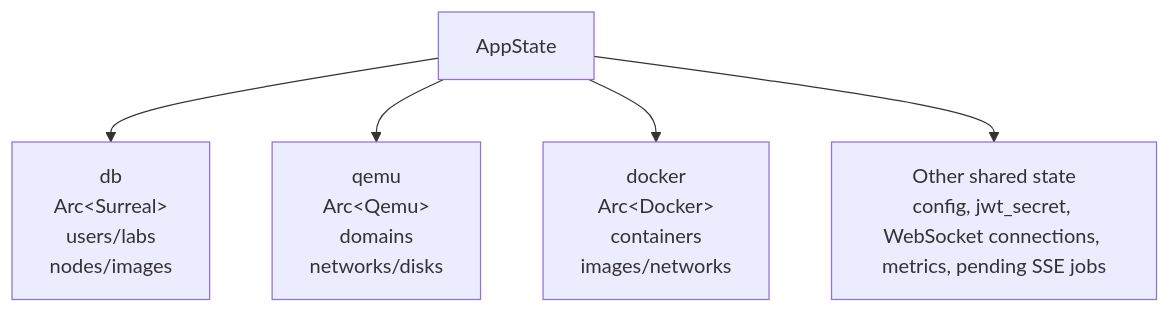
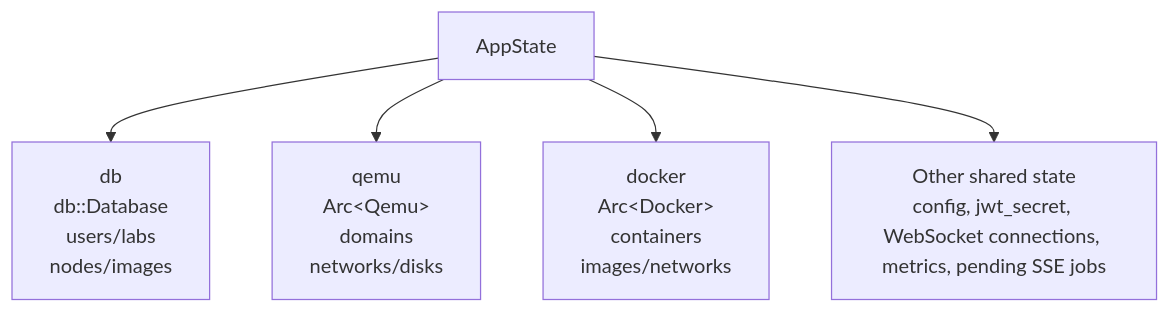
One commit to bwks/sherpa changed the sixth of 26 diagrams in docs/architecture/SERVER.md. Above: the diagram before and after it, drawn with Mermaid. The commit also changed other lines of this file and 145 other files, not shown here.

````diff
--- a/docs/architecture/SERVER.md
+++ b/docs/architecture/SERVER.md
@@ -178,12 +178,12 @@
 ```mermaid
 flowchart TB
     appstate["AppState"]
-    db["db<br/>Arc#lt;Surreal#gt;<br/>users/labs<br/>nodes/images"]
+    db["db<br/>db::Database<br/>users/labs<br/>nodes/images"]
     qemu["qemu<br/>Arc#lt;Qemu#gt;<br/>domains<br/>networks/disks"]
     docker["docker<br/>Arc#lt;Docker#gt;<br/>containers<br/>images/networks"]
     other["Other shared state<br/>config, jwt_secret, WebSocket connections, metrics, pending SSE jobs"]
     appstate --> db
     appstate --> qemu
     appstate --> docker
     appstate --> other
 ```
````
